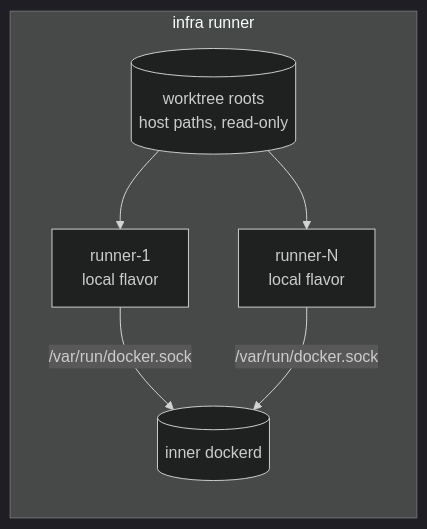
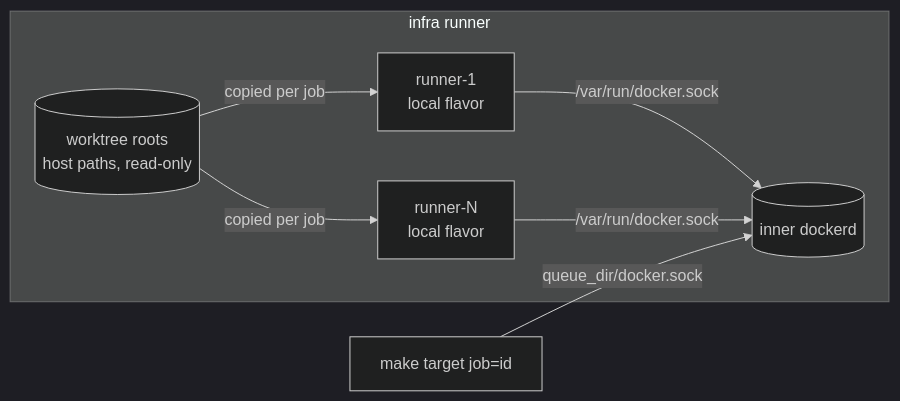
Before and after one commit to infinito-nexus/core: the fourth of 4 diagrams in roles/svc-runner/README.md, drawn with Mermaid (dark theme). The commit also changed other lines of this file and 70 other files, not shown here.

````diff
--- a/roles/svc-runner/README.md
+++ b/roles/svc-runner/README.md
@@ -247,10 +318,11 @@
 ```mermaid
 flowchart LR
     subgraph host [infra runner]
         roots[(worktree roots<br/>host paths, read-only)]
         r1[runner-1<br/>local flavor] -->|/var/run/docker.sock| dockerd[(inner dockerd)]
         rn[runner-N<br/>local flavor] -->|/var/run/docker.sock| dockerd
-        roots --> r1
-        roots --> rn
+        roots -->|copied per job| r1
+        roots -->|copied per job| rn
     end
+    operator[make target job=id] -->|queue_dir/docker.sock| dockerd
 ```
````
